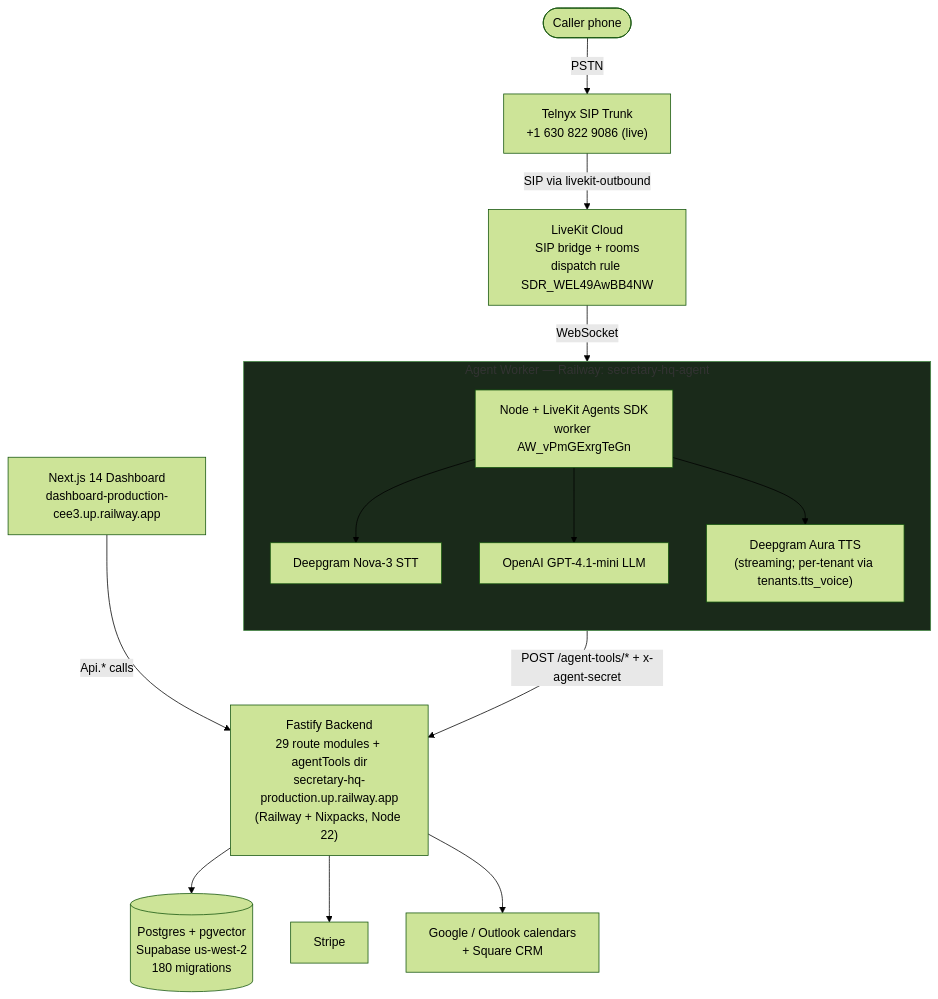
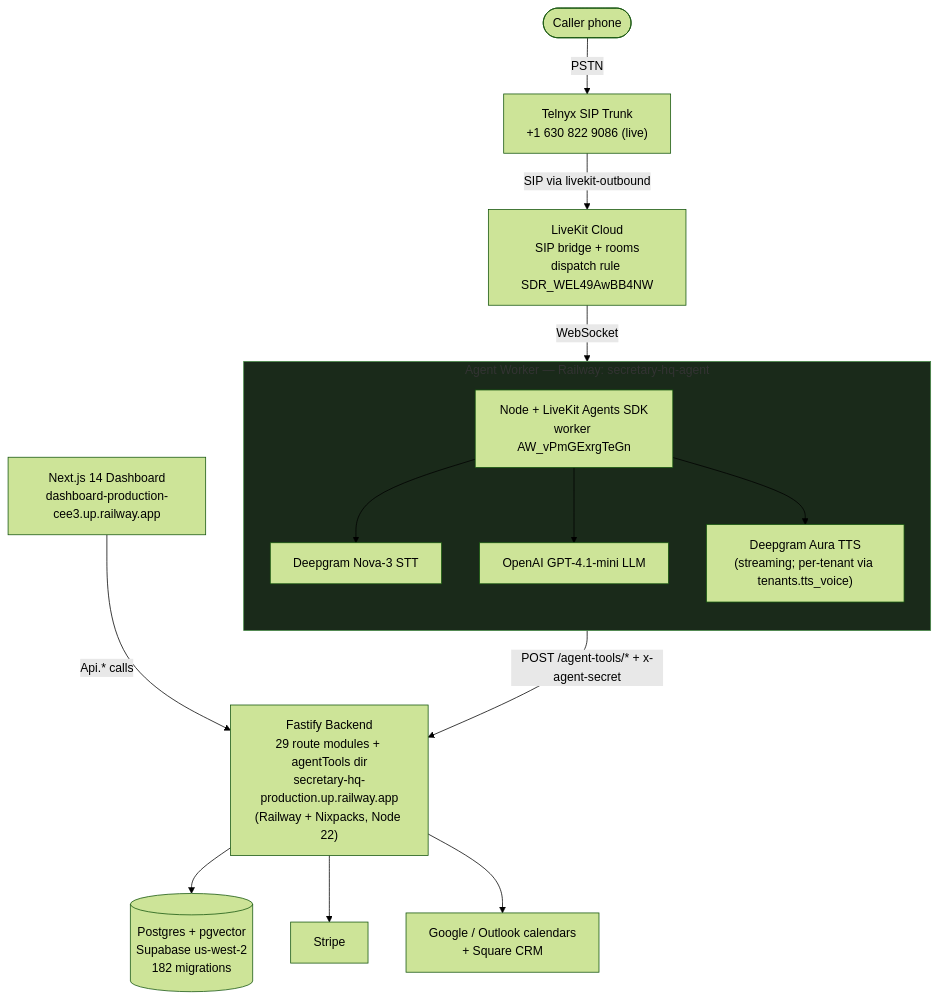
Before and after one commit to ddemott/ai-sec: the first of 12 diagrams in docs/DIAGRAMS.md, drawn with Mermaid (forest theme). The commit also changed other lines of this file and 207 other files, not shown here.

````diff
--- a/docs/DIAGRAMS.md
+++ b/docs/DIAGRAMS.md
@@ -28,37 +28,37 @@
 ```mermaid
 flowchart TB
   Caller([Caller phone])
   Telnyx["Telnyx SIP Trunk<br/>+1 630 822 9086 (live)"]
   Caller -->|PSTN| Telnyx
 
   LiveKit["LiveKit Cloud<br/>SIP bridge + rooms<br/>dispatch rule SDR_WEL49AwBB4NW"]
   Telnyx -->|SIP via livekit-outbound| LiveKit
 
   subgraph agentBox["Agent Worker — Railway: secretary-hq-agent"]
     direction TB
     Agent["Node + LiveKit Agents SDK<br/>worker AW_vPmGExrgTeGn"]
     DG["Deepgram Nova-3 STT"]
     OAI["OpenAI GPT-4.1-mini LLM"]
     TTS["Deepgram Aura TTS<br/>(streaming; per-tenant via tenants.tts_voice)"]
     Agent --> DG
     Agent --> OAI
     Agent --> TTS
   end
 
   LiveKit -->|WebSocket| Agent
 
   Fastify["Fastify Backend<br/>29 route modules + agentTools dir<br/>secretary-hq-production.up.railway.app<br/>(Railway + Nixpacks, Node 22)"]
   Agent -->|POST /agent-tools/* + x-agent-secret| Fastify
 
-  Postgres[("Postgres + pgvector<br/>Supabase us-west-2<br/>180 migrations")]
+  Postgres[("Postgres + pgvector<br/>Supabase us-west-2<br/>182 migrations")]
   Stripe["Stripe"]
   Integrations["Google / Outlook calendars<br/>+ Square CRM"]
   Dashboard["Next.js 14 Dashboard<br/>dashboard-production-cee3.up.railway.app"]
 
   Fastify --> Postgres
   Fastify --> Stripe
   Fastify --> Integrations
   Dashboard -->|Api.* calls| Fastify
 
   style agentBox fill:#1a2a1a,stroke:#484
 ```
````
